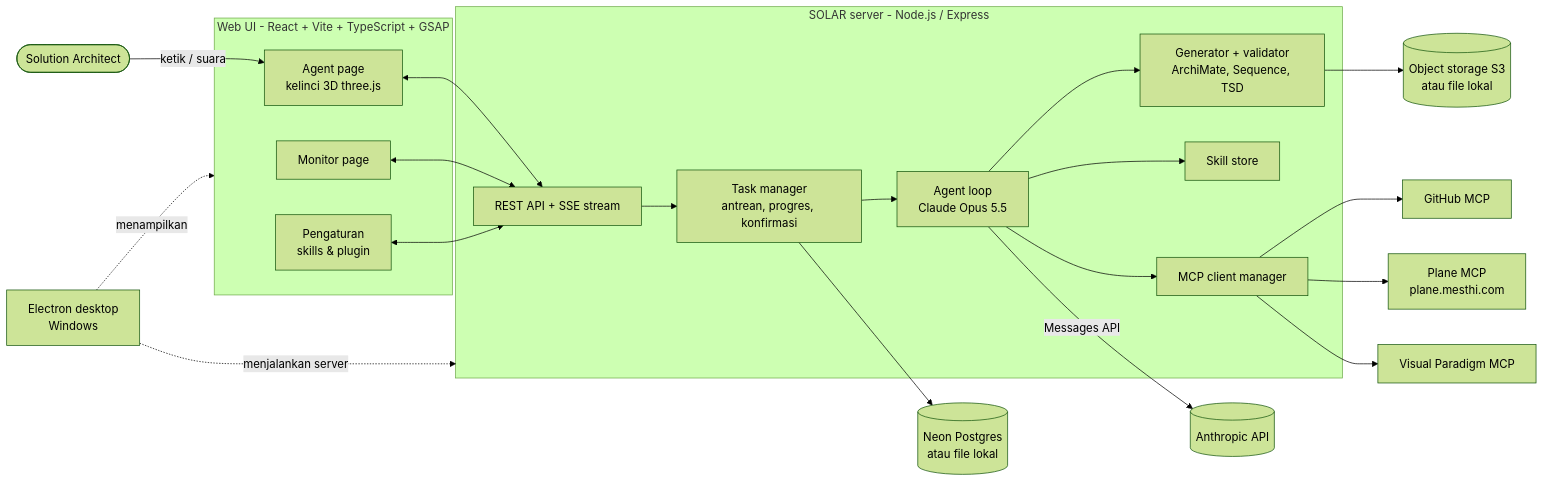
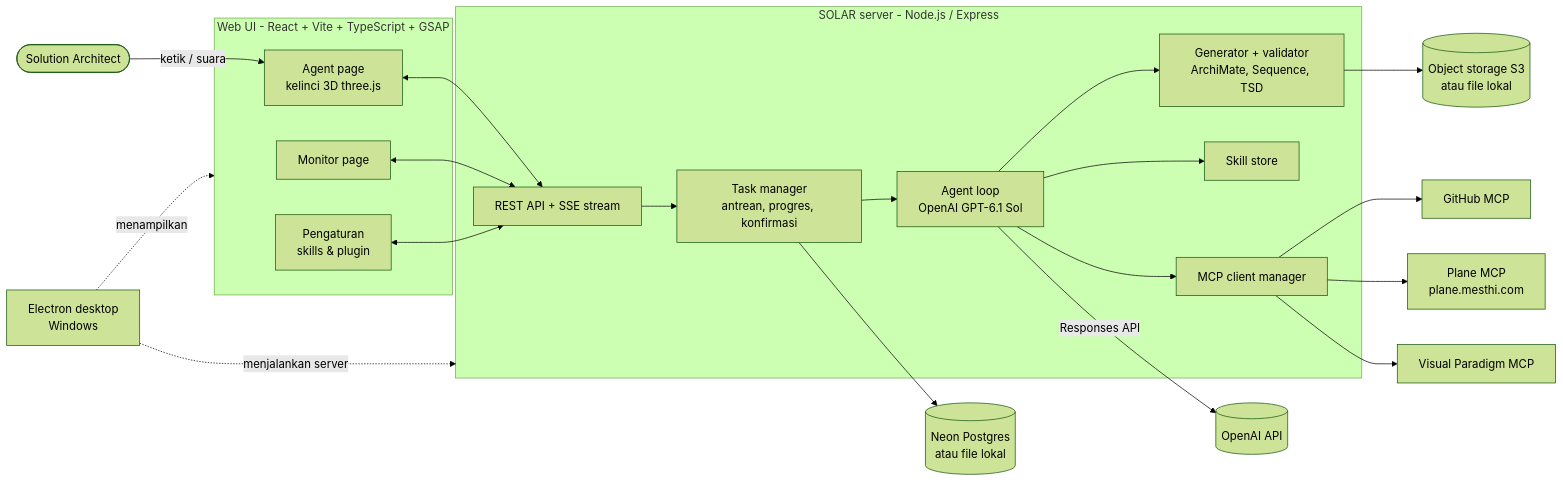
One commit to arumora-id/solar changed the diagram in README.md. Above: the diagram before and after it, drawn with Mermaid (forest theme). The commit also changed other lines of this file and 40 other files, not shown here.

First line of the commit message:
feat: ganti provider LLM ke OpenAI (API key ChatGPT) + perbaikan hasil review (#2)

````diff
--- a/README.md
+++ b/README.md
@@ -66,32 +66,32 @@
 ```mermaid
 flowchart LR
     U([Solution Architect]) -- ketik / suara --> UI
     subgraph Client["Web UI - React + Vite + TypeScript + GSAP"]
         UI[Agent page<br/>kelinci 3D three.js]
         MON[Monitor page]
         SET[Pengaturan<br/>skills & plugin]
     end
     subgraph Server["SOLAR server - Node.js / Express"]
         API[REST API + SSE stream]
         TM[Task manager<br/>antrean, progres, konfirmasi]
-        AG[Agent loop<br/>Claude Opus 5.5]
+        AG[Agent loop<br/>OpenAI GPT-6.1 Sol]
         GEN[Generator + validator<br/>ArchiMate, Sequence, TSD]
         SK[Skill store]
         MCP[MCP client manager]
     end
     UI <--> API
     MON <--> API
     SET <--> API
     API --> TM --> AG
     AG --> GEN
     AG --> SK
     AG --> MCP
-    AG -- Messages API --> CLAUDE[(Anthropic API)]
+    AG -- Responses API --> OPENAI[(OpenAI API)]
     MCP --> GH[GitHub MCP]
     MCP --> PL[Plane MCP<br/>plane.mesthi.com]
     MCP --> VP[Visual Paradigm MCP]
     TM --> DB[(Neon Postgres<br/>atau file lokal)]
     GEN --> OBJ[(Object storage S3<br/>atau file lokal)]
     DESK[Electron desktop<br/>Windows] -. menjalankan server .-> Server
     DESK -. menampilkan .-> Client
 ```
````
